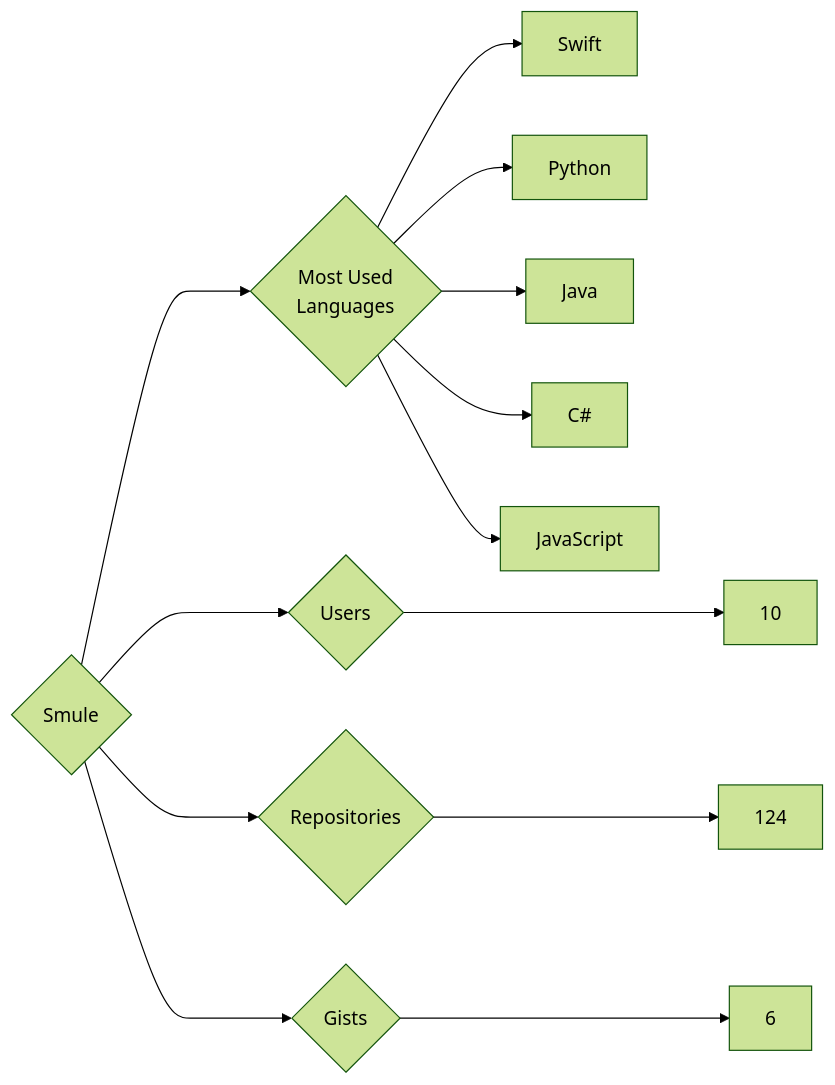
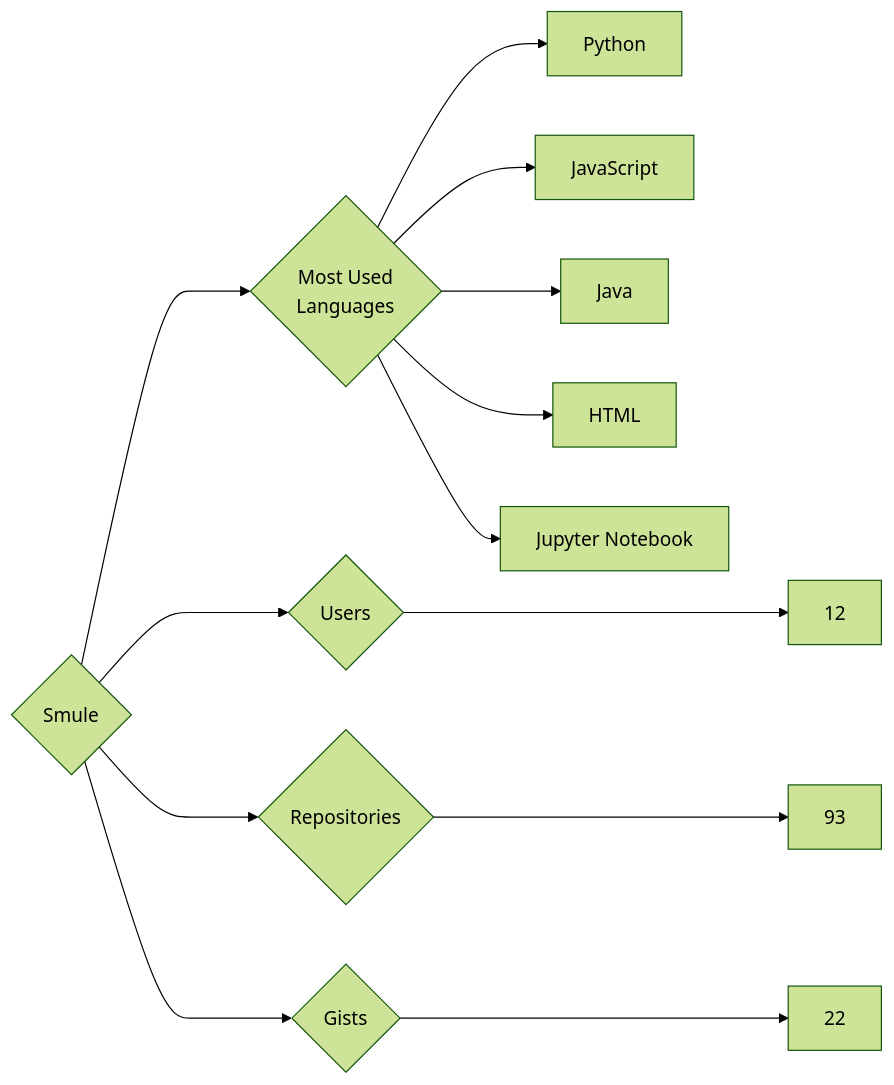
The diagram in targets/Smule/README.md (trickest/insiders), drawn with Mermaid (forest theme) before and after one commit. The commit also changed 851 other files, not shown here.

````diff
--- a/targets/Smule/README.md
+++ b/targets/Smule/README.md
@@ -3,13 +3,13 @@
 ```mermaid
 graph LR
 COMPANY_NAME{Smule}
-COMPANY_NAME ---> U{Users} ---> UN[10]
-COMPANY_NAME ---> R{Repositories} ---> RN[124]
-COMPANY_NAME ---> G{Gists} ---> GN[6]
+COMPANY_NAME ---> U{Users} ---> UN[12]
+COMPANY_NAME ---> R{Repositories} ---> RN[93]
+COMPANY_NAME ---> G{Gists} ---> GN[22]
 COMPANY_NAME ---> ML{Most Used<br>Languages}
-ML --> Swift[Swift]
 ML --> Python[Python]
+ML --> JavaScript[JavaScript]
 ML --> Java[Java]
-ML --> C#[C#]
-ML --> JavaScript[JavaScript]
+ML --> HTML[HTML]
+ML --> Jupyter_Notebook[Jupyter Notebook]
 ```
````
